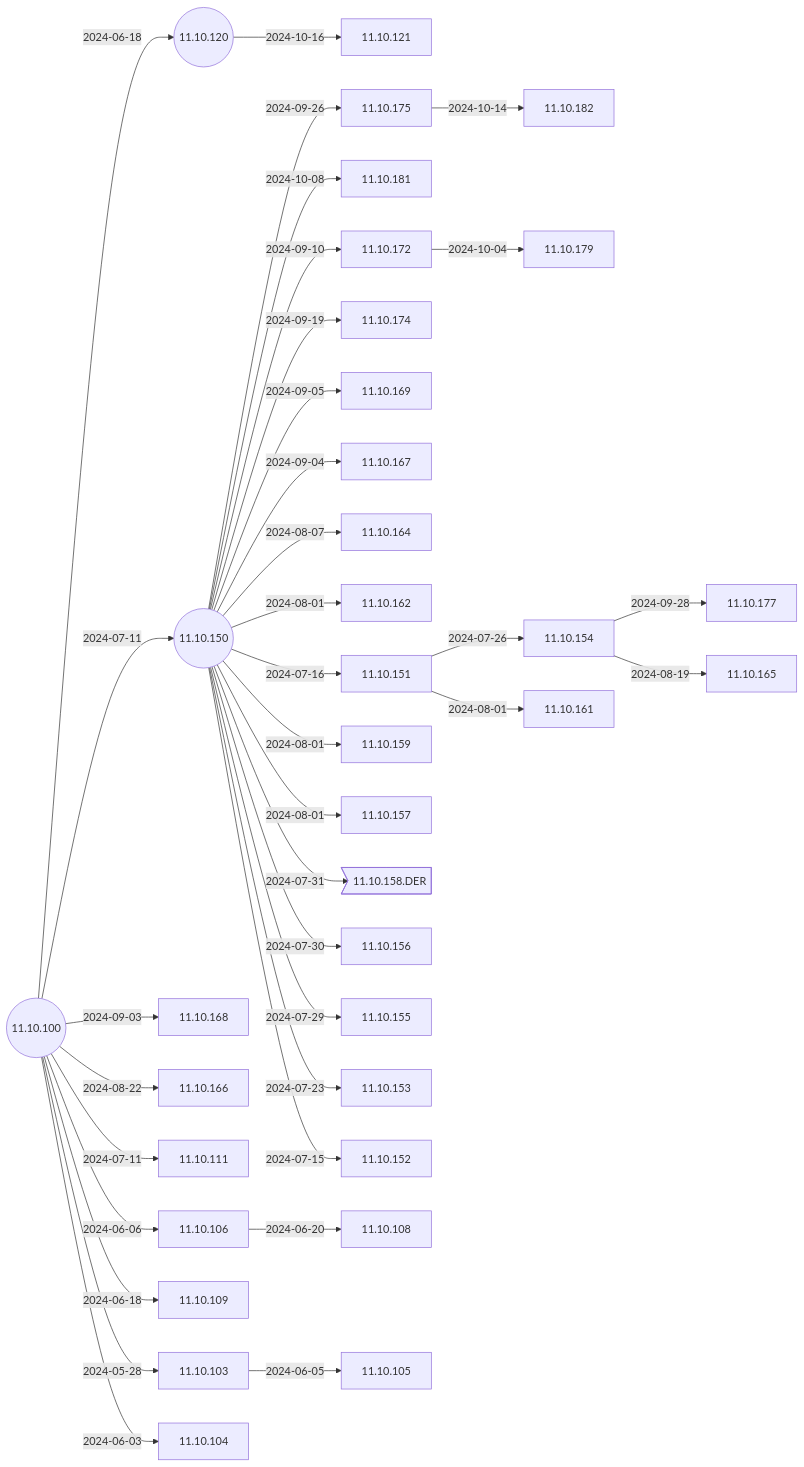
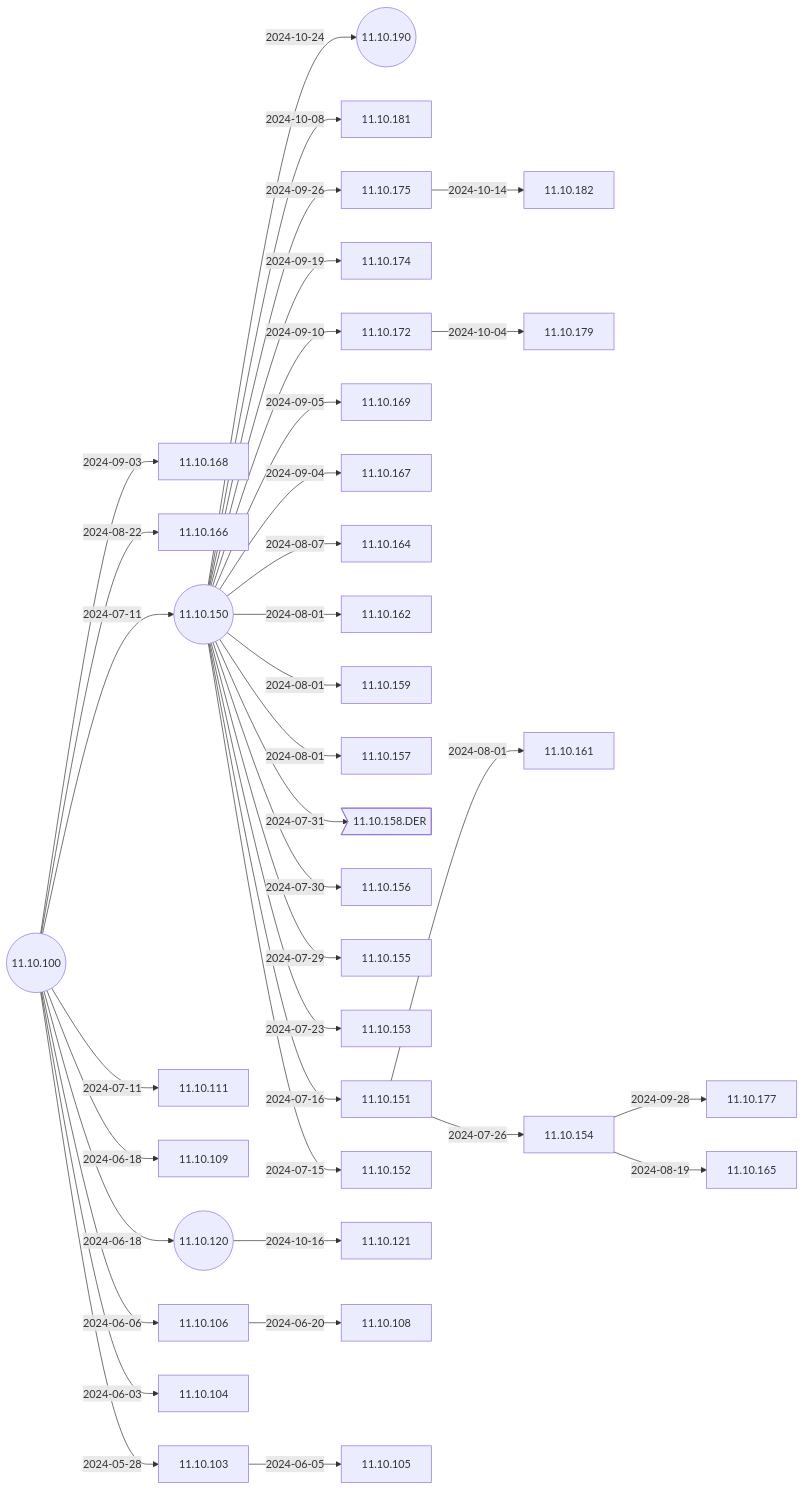
Before and after one commit to IGEL-Community/IGEL-Docs-v02: the second of 6 diagrams in docs/Docs/ReleaseNotes/01-OS11/README.md, drawn with Mermaid. The commit also changed 2 other files, not shown here.

Commit message:
11.10.190 < 11.10.150 11.10.190 < 11.10.150

````diff
--- a/docs/Docs/ReleaseNotes/01-OS11/README.md
+++ b/docs/Docs/ReleaseNotes/01-OS11/README.md
@@ -41,73 +41,74 @@
 ```mermaid
 flowchart LR
+    11.10.150-- 2024-10-24 -->11.10.190((11.10.190))
     11.10.120-- 2024-10-16 -->11.10.121
     11.10.175-- 2024-10-14 -->11.10.182
     11.10.150-- 2024-10-08 -->11.10.181
     11.10.172-- 2024-10-04 -->11.10.179
     11.10.154-- 2024-09-28 -->11.10.177
     11.10.150-- 2024-09-26 -->11.10.175
     11.10.150-- 2024-09-19 -->11.10.174
     11.10.150-- 2024-09-10 -->11.10.172
     11.10.150-- 2024-09-05 -->11.10.169
     11.10.150-- 2024-09-04 -->11.10.167
     11.10.100-- 2024-09-03 -->11.10.168
     11.10.100-- 2024-08-22 -->11.10.166
     11.10.154-- 2024-08-19 -->11.10.165
     11.10.150-- 2024-08-07 -->11.10.164
     11.10.150-- 2024-08-01 -->11.10.162
     11.10.151-- 2024-08-01 -->11.10.161
     11.10.150-- 2024-08-01 -->11.10.159
     11.10.150-- 2024-08-01 -->11.10.157
     11.10.150-- 2024-07-31 -->11.10.158.DER>11.10.158.DER]
     11.10.150-- 2024-07-30 -->11.10.156
     11.10.150-- 2024-07-29 -->11.10.155
     11.10.151-- 2024-07-26 -->11.10.154
     11.10.150-- 2024-07-23 -->11.10.153
     11.10.150-- 2024-07-16 -->11.10.151
     11.10.150-- 2024-07-15 -->11.10.152
     11.10.100-- 2024-07-11 -->11.10.150((11.10.150))
     11.10.100-- 2024-07-11 -->11.10.111
     11.10.106-- 2024-06-20 -->11.10.108
     11.10.100-- 2024-06-18 -->11.10.109
     11.10.100-- 2024-06-18 -->11.10.120((11.10.120))
     11.10.100-- 2024-06-06 -->11.10.106
     11.10.103-- 2024-06-05 -->11.10.105
     11.10.100-- 2024-06-03 -->11.10.104
     11.10.100-- 2024-05-28 -->11.10.103
     11.10.100((11.10.100))
     click 11.10.121 "https://github.com/IGEL-Community/IGEL-Docs-v02/tree/main/docs/Docs/ReleaseNotes/01-OS11/readme11.10.121.txt" _blank
     click 11.10.182 "https://github.com/IGEL-Community/IGEL-Docs-v02/tree/main/docs/Docs/ReleaseNotes/01-OS11/readme11.10.182.txt" _blank
     click 11.10.181 "https://github.com/IGEL-Community/IGEL-Docs-v02/tree/main/docs/Docs/ReleaseNotes/01-OS11/readme11.10.181.txt" _blank
     click 11.10.179 "https://github.com/IGEL-Community/IGEL-Docs-v02/tree/main/docs/Docs/ReleaseNotes/01-OS11/readme11.10.179.txt" _blank
     click 11.10.177 "https://github.com/IGEL-Community/IGEL-Docs-v02/tree/main/docs/Docs/ReleaseNotes/01-OS11/readme11.10.177.txt" _blank
     click 11.10.175 "https://github.com/IGEL-Community/IGEL-Docs-v02/tree/main/docs/Docs/ReleaseNotes/01-OS11/readme11.10.175.txt" _blank
     click 11.10.174 "https://github.com/IGEL-Community/IGEL-Docs-v02/tree/main/docs/Docs/ReleaseNotes/01-OS11/readme11.10.174.txt" _blank
     click 11.10.172 "https://github.com/IGEL-Community/IGEL-Docs-v02/tree/main/docs/Docs/ReleaseNotes/01-OS11/readme11.10.172.txt" _blank
     click 11.10.169 "https://github.com/IGEL-Community/IGEL-Docs-v02/tree/main/docs/Docs/ReleaseNotes/01-OS11/readme11.10.169.txt" _blank
     click 11.10.167 "https://github.com/IGEL-Community/IGEL-Docs-v02/tree/main/docs/Docs/ReleaseNotes/01-OS11/readme11.10.167.txt" _blank
     click 11.10.168 "https://github.com/IGEL-Community/IGEL-Docs-v02/tree/main/docs/Docs/ReleaseNotes/01-OS11/readme11.10.168.txt" _blank
     click 11.10.166 "https://github.com/IGEL-Community/IGEL-Docs-v02/tree/main/docs/Docs/ReleaseNotes/01-OS11/readme11.10.166.txt" _blank
     click 11.10.165 "https://github.com/IGEL-Community/IGEL-Docs-v02/tree/main/docs/Docs/ReleaseNotes/01-OS11/readme11.10.165.txt" _blank
     click 11.10.164 "https://github.com/IGEL-Community/IGEL-Docs-v02/tree/main/docs/Docs/ReleaseNotes/01-OS11/readme11.10.164.txt" _blank
     click 11.10.162 "https://github.com/IGEL-Community/IGEL-Docs-v02/tree/main/docs/Docs/ReleaseNotes/01-OS11/readme11.10.162.txt" _blank
     click 11.10.161 "https://github.com/IGEL-Community/IGEL-Docs-v02/tree/main/docs/Docs/ReleaseNotes/01-OS11/readme11.10.161.txt" _blank
     click 11.10.159 "https://github.com/IGEL-Community/IGEL-Docs-v02/tree/main/docs/Docs/ReleaseNotes/01-OS11/readme11.10.159.txt" _blank
     click 11.10.157 "https://github.com/IGEL-Community/IGEL-Docs-v02/tree/main/docs/Docs/ReleaseNotes/01-OS11/readme11.10.157.txt" _blank
     click 11.10.158.DER "https://github.com/IGEL-Community/IGEL-Docs-v02/tree/main/docs/Docs/ReleaseNotes/01-OS11/readme11.10.158.DER.txt" _blank
     click 11.10.156 "https://github.com/IGEL-Community/IGEL-Docs-v02/tree/main/docs/Docs/ReleaseNotes/01-OS11/readme11.10.156.txt" _blank
     click 11.10.155 "https://github.com/IGEL-Community/IGEL-Docs-v02/tree/main/docs/Docs/ReleaseNotes/01-OS11/readme11.10.155.txt" _blank
     click 11.10.154 "https://github.com/IGEL-Community/IGEL-Docs-v02/tree/main/docs/Docs/ReleaseNotes/01-OS11/readme11.10.154.txt" _blank
     click 11.10.153 "https://github.com/IGEL-Community/IGEL-Docs-v02/tree/main/docs/Docs/ReleaseNotes/01-OS11/readme11.10.153.txt" _blank
     click 11.10.151 "https://github.com/IGEL-Community/IGEL-Docs-v02/tree/main/docs/Docs/ReleaseNotes/01-OS11/readme11.10.151.txt" _blank
     click 11.10.152 "https://github.com/IGEL-Community/IGEL-Docs-v02/tree/main/docs/Docs/ReleaseNotes/01-OS11/readme11.10.152.txt" _blank
     click 11.10.111 "https://github.com/IGEL-Community/IGEL-Docs-v02/tree/main/docs/Docs/ReleaseNotes/01-OS11/readme11.10.111.txt" _blank
     click 11.10.150 "https://github.com/IGEL-Community/IGEL-Docs-v02/tree/main/docs/Docs/ReleaseNotes/01-OS11/readme11.10.150.txt" _blank
     click 11.10.108 "https://github.com/IGEL-Community/IGEL-Docs-v02/tree/main/docs/Docs/ReleaseNotes/01-OS11/readme11.10.108.txt" _blank
     click 11.10.109 "https://github.com/IGEL-Community/IGEL-Docs-v02/tree/main/docs/Docs/ReleaseNotes/01-OS11/readme11.10.109.txt" _blank
     click 11.10.120 "https://github.com/IGEL-Community/IGEL-Docs-v02/tree/main/docs/Docs/ReleaseNotes/01-OS11/readme11.10.120.txt" _blank
     click 11.10.106 "https://github.com/IGEL-Community/IGEL-Docs-v02/tree/main/docs/Docs/ReleaseNotes/01-OS11/readme11.10.106.txt" _blank
     click 11.10.105 "https://github.com/IGEL-Community/IGEL-Docs-v02/tree/main/docs/Docs/ReleaseNotes/01-OS11/readme11.10.105.txt" _blank
     click 11.10.104 "https://github.com/IGEL-Community/IGEL-Docs-v02/tree/main/docs/Docs/ReleaseNotes/01-OS11/readme11.10.104.txt" _blank
     click 11.10.103 "https://github.com/IGEL-Community/IGEL-Docs-v02/tree/main/docs/Docs/ReleaseNotes/01-OS11/readme11.10.103.txt" _blank
     click 11.10.100 "https://github.com/IGEL-Community/IGEL-Docs-v02/tree/main/docs/Docs/ReleaseNotes/01-OS11/readme11.10.100.txt" _blank
 ```
````
